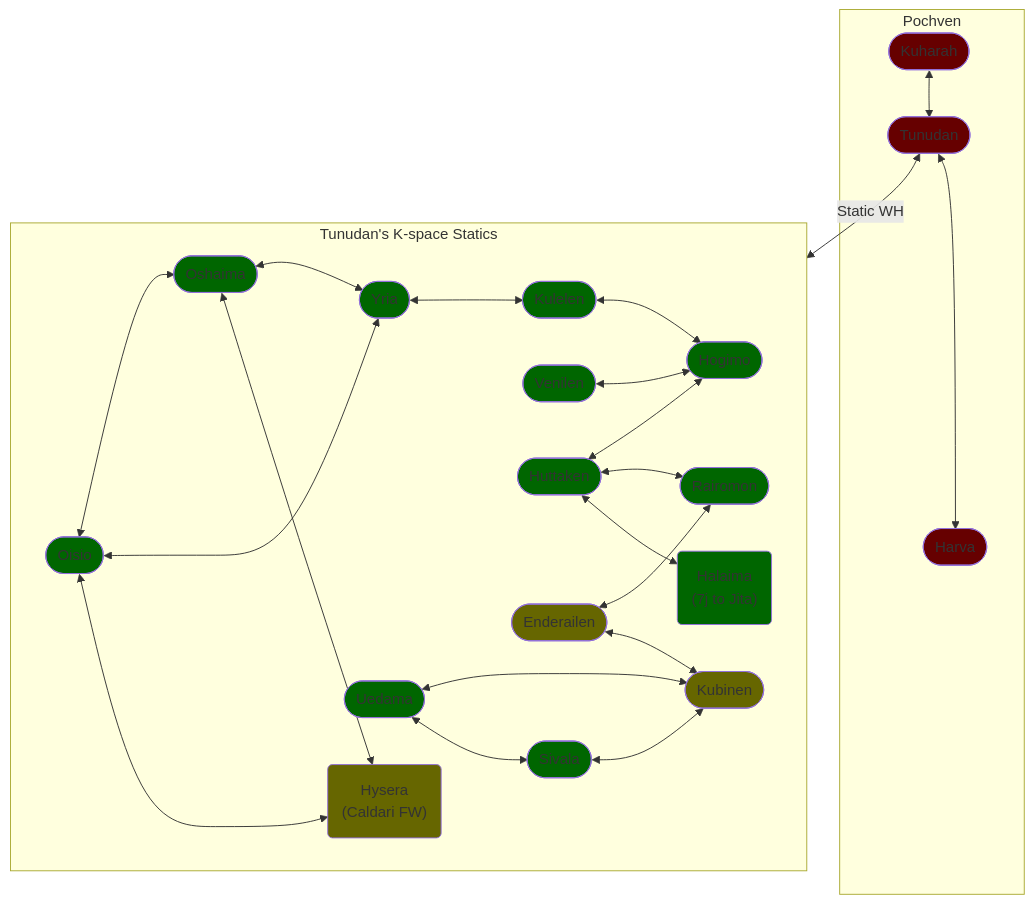
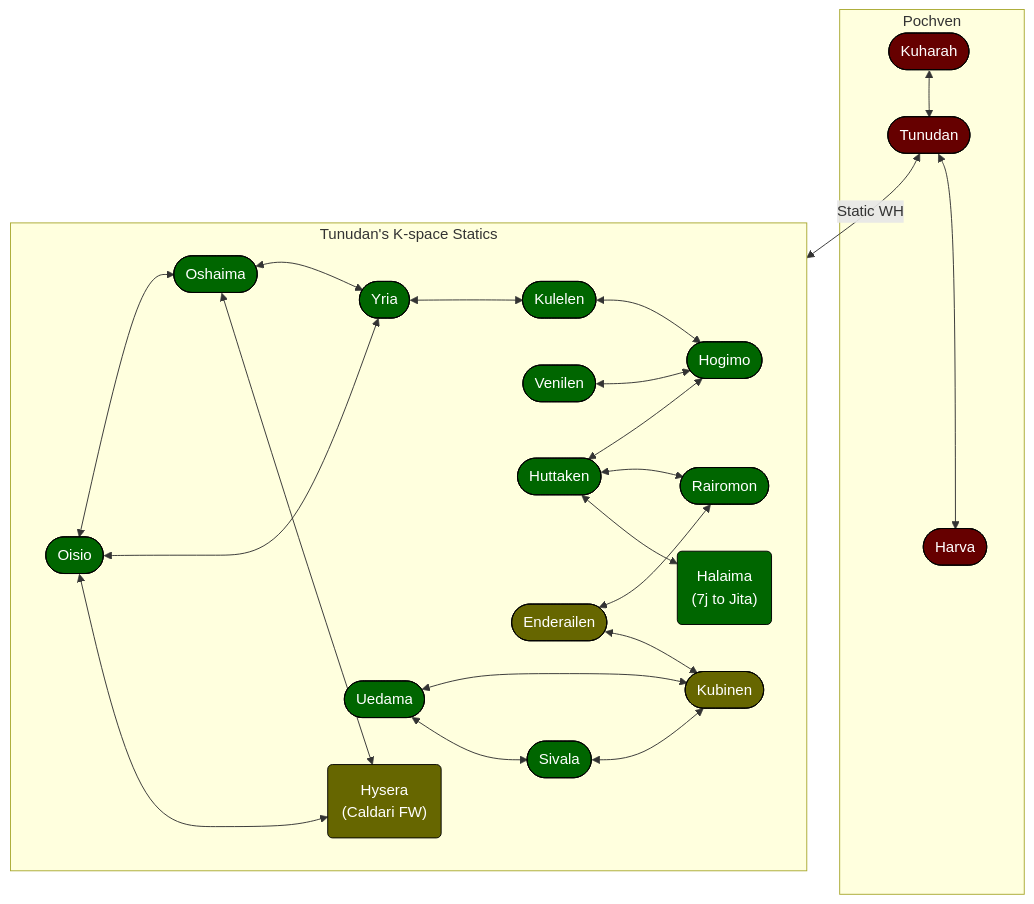
Before and after one commit to JessieArr/DancersGame: the diagram in eve/pochven/pochven.md, drawn with Mermaid. The commit also changed 2 other files, not shown here.

Commit message:
Adjusting graph styles.

````diff
--- a/eve/pochven/pochven.md
+++ b/eve/pochven/pochven.md
@@ -21,41 +21,41 @@
 ```mermaid
 graph TD
     subgraph pochven [Pochven]
         Tunudan([Tunudan]) <--> Harva([Harva])
         Kuharah([Kuharah]) <--> Tunudan
         Tunudan:::nullsec
         Harva:::nullsec
         Kuharah:::nullsec
     end
     subgraph statics [Tunudan's K-space Statics]
         Oisio([Oisio]):::highsec
         Oshaima([Oshaima]):::highsec
         Yria([Yria]):::highsec
         Kulelen([Kulelen]):::highsec
         Venilen([Venilen]):::highsec
         Hogimo([Hogimo]):::highsec
         Huttaken([Huttaken]):::highsec
         Rairomon([Rairomon]):::highsec
         Enderailen([Enderailen]):::lowsec
         Kubinen([Kubinen]):::lowsec
         Uedama([Uedama]):::highsec
         Sivala([Sivala]):::highsec
         Halaima("Halaima
         (7j to Jita)"):::highsec
         Hysera("Hysera
         (Caldari FW)"):::lowsec
         Oisio <--> Oshaima
         Oisio & Oshaima <--> Yria
         Yria <--> Kulelen
         Kulelen & Venilen & Huttaken <--> Hogimo
         Huttaken & Enderailen <--> Rairomon
         Uedama & Sivala & Enderailen <--> Kubinen
         Uedama <--> Sivala
         Huttaken <--> Halaima
         Oisio & Oshaima <--> Hysera
     end
     Tunudan <-->|Static WH| statics
-    classDef nullsec fill:#600;
-    classDef lowsec fill:#660;
-    classDef highsec fill:#060;
+    classDef nullsec fill:#600,stroke:#000,color:#fff
+    classDef lowsec fill:#660,stroke:#000,color:#fff
+    classDef highsec fill:#060,stroke:#000,color:#fff
 ```
````
